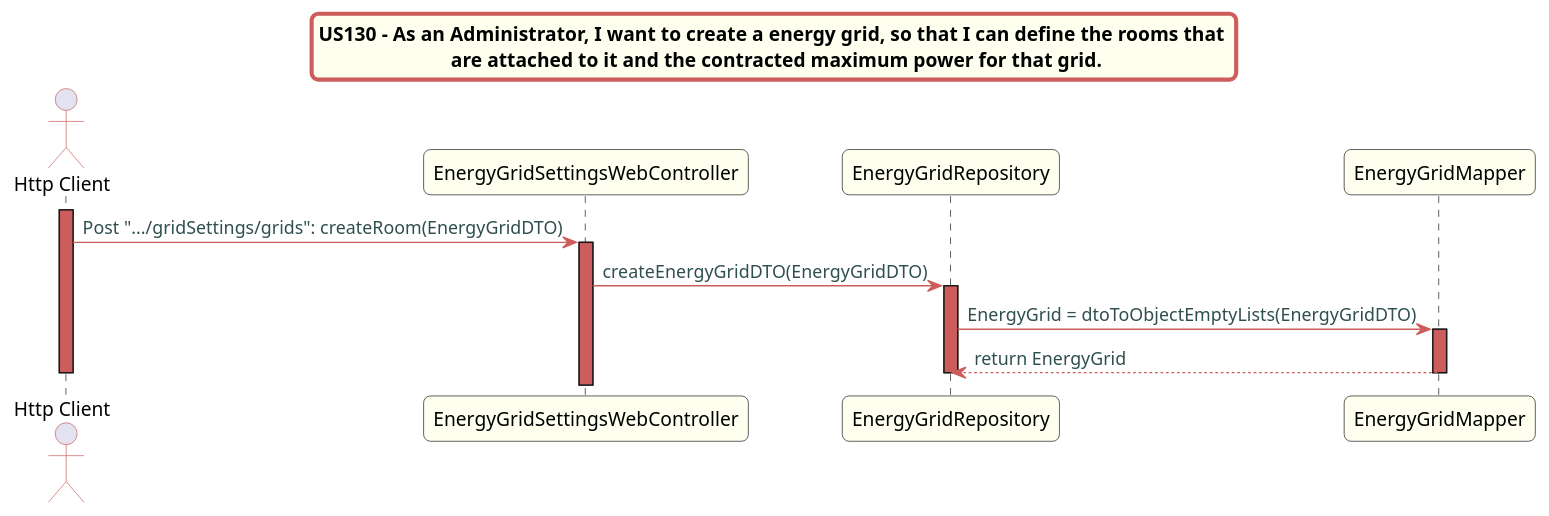
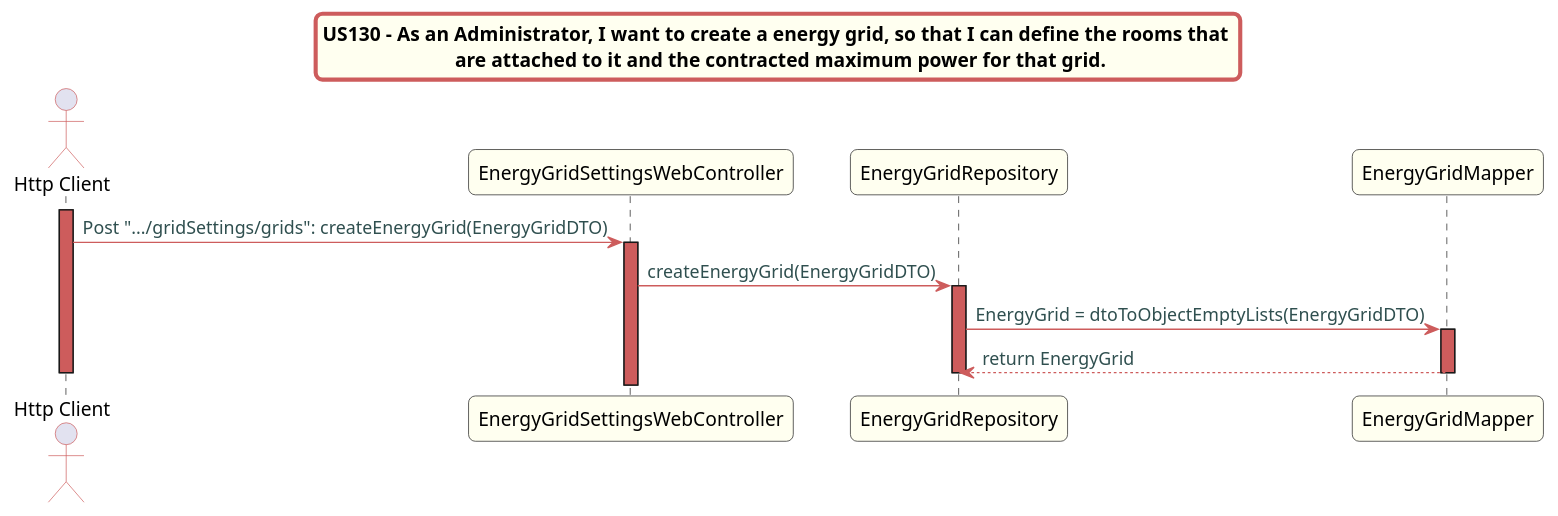
One commit to Almadanmp/project changed the diagram in src/doc/WEB_Controllers/EnergyGridSettings/US130/US130.puml. Above: the diagram before and after it, drawn with PlantUML. The commit also changed 3 other files, not shown here.

```diff
--- a/src/doc/WEB_Controllers/EnergyGridSettings/US130/US130.puml
+++ b/src/doc/WEB_Controllers/EnergyGridSettings/US130/US130.puml
@@ -1,40 +1,40 @@
 @startuml
 skinparam titleBorderRoundCorner 10
 skinparam titleBorderThickness 3
 skinparam titleBorderColor indianred
 skinparam titleBackgroundColor ivory
 skinparam FontName quicksand
 
 skinparam actor {
  	BorderColor indianred
  	}
 
  skinparam sequence {
  	LifeLineBackgroundColor indianred
  	ParticipantBackgroundColor ivory
 }
 
  skinparam roundcorner 10
 
  skinparam component {
    arrowThickness 1
    ArrowFontName Verdana
    ArrowColor indianred
    ArrowFontColor darkslategrey
  }
 title US130 - As an Administrator, I want to create a energy grid, so that I can define the rooms that \n are attached to it and the contracted maximum power for that grid.
 
 actor "Http Client"
 activate "Http Client"
-"Http Client" -> "EnergyGridSettingsWebController":  Post ".../gridSettings/grids": createRoom(EnergyGridDTO)
+"Http Client" -> "EnergyGridSettingsWebController":  Post ".../gridSettings/grids": createEnergyGrid(EnergyGridDTO)
 activate "EnergyGridSettingsWebController"
-"EnergyGridSettingsWebController" -> "EnergyGridRepository": createEnergyGridDTO(EnergyGridDTO)
+"EnergyGridSettingsWebController" -> "EnergyGridRepository": createEnergyGrid(EnergyGridDTO)
 activate "EnergyGridRepository"
 "EnergyGridRepository" -> "EnergyGridMapper": EnergyGrid = dtoToObjectEmptyLists(EnergyGridDTO)
 activate "EnergyGridMapper"
 "EnergyGridMapper" --> "EnergyGridRepository": return EnergyGrid
 deactivate "EnergyGridMapper"
 deactivate "EnergyGridRepository"
 deactivate "Http Client"
 
 @enduml
```
